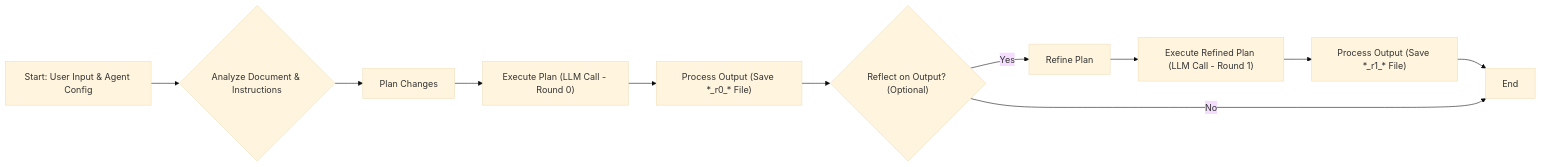
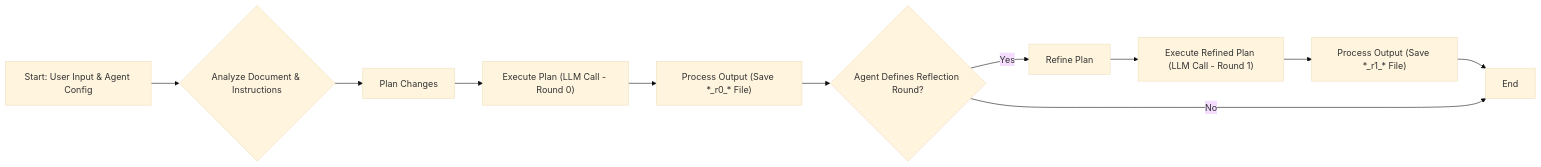
Before and after one commit to LionSR/TeXRA: the diagram in docs/guide/index.md, drawn with Mermaid (base theme). The commit also changed other lines of this file and 26 other files, not shown here.

````diff
--- a/docs/guide/index.md
+++ b/docs/guide/index.md
@@ -57,13 +57,13 @@
 ```mermaid
 graph LR
     A[Start: User Input & Agent Config] --> B{Analyze Document & Instructions};
     B --> C[Plan Changes];
     C --> D["Execute Plan (LLM Call - Round 0)"];
     D --> E["Process Output (Save *_r0_* File)"];
-    E --> F{"Reflect on Output? (Optional)"};
+    E --> F{"Agent Defines Reflection Round?"};
     F -- Yes --> G[Refine Plan];
     G --> H["Execute Refined Plan (LLM Call - Round 1)"];
     H --> I["Process Output (Save *_r1_* File)"];
     I --> J[End];
     F -- No --> J[End];
 ```
````
